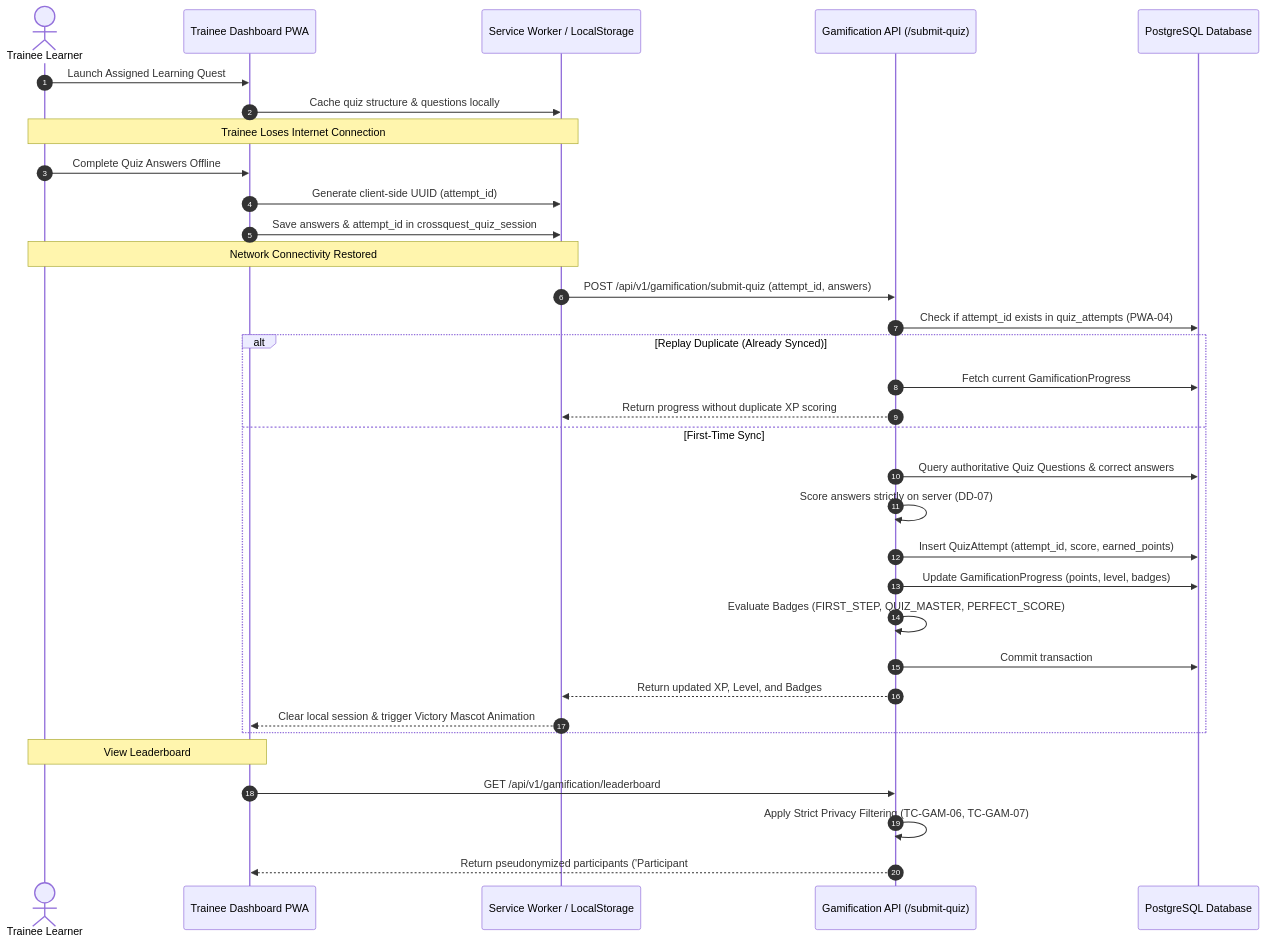
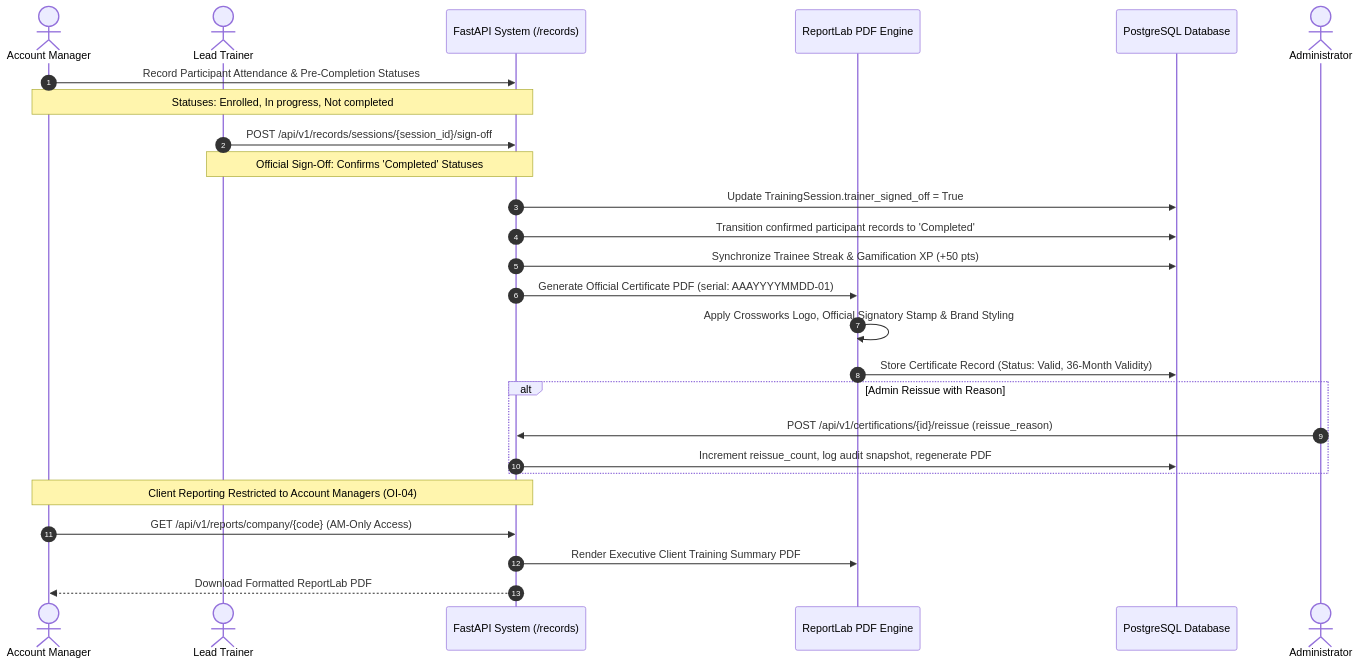
Before and after one commit to UniDra0318/CrossQuest: the seventh of 10 diagrams in SYSTEM_ARCHITECTURE.md, drawn with Mermaid. The commit also changed other lines of this file, not shown here.

Commit message:
docs: update SYSTEM_ARCHITECTURE.md with Phases 0-6 architectural additions

````diff
--- a/SYSTEM_ARCHITECTURE.md
+++ b/SYSTEM_ARCHITECTURE.md
@@ -277,38 +295,34 @@
 ```mermaid
 sequenceDiagram
     autonumber
-    actor Trainee as Trainee Learner
-    participant UI as Trainee Dashboard PWA
-    participant SW as Service Worker / LocalStorage
-    participant GamAPI as Gamification API (/submit-quiz)
+    actor AM as Account Manager
+    actor Trainer as Lead Trainer
+    participant System as FastAPI System (/records)
+    participant PDF as ReportLab PDF Engine
     participant DB as PostgreSQL Database
 
-    Trainee->>UI: Launch Assigned Learning Quest
-    UI->>SW: Cache quiz structure & questions locally
-    Note over Trainee,SW: Trainee Loses Internet Connection
-    Trainee->>UI: Complete Quiz Answers Offline
-    UI->>SW: Generate client-side UUID (attempt_id)
-    UI->>SW: Save answers & attempt_id in crossquest_quiz_session
-    Note over Trainee,SW: Network Connectivity Restored
-    SW->>GamAPI: POST /api/v1/gamification/submit-quiz (attempt_id, answers)
+    AM->>System: Record Participant Attendance & Pre-Completion Statuses
+    Note over AM,System: Statuses: Enrolled, In progress, Not completed
     
-    GamAPI->>DB: Check if attempt_id exists in quiz_attempts (PWA-04)
-    alt Replay Duplicate (Already Synced)
-        GamAPI->>DB: Fetch current GamificationProgress
-        GamAPI-->>SW: Return progress without duplicate XP scoring
-    else First-Time Sync
-        GamAPI->>DB: Query authoritative Quiz Questions & correct answers
-        GamAPI->>GamAPI: Score answers strictly on server (DD-07)
-        GamAPI->>DB: Insert QuizAttempt (attempt_id, score, earned_points)
-        GamAPI->>DB: Update GamificationProgress (points, level, badges)
-        GamAPI->>GamAPI: Evaluate Badges (FIRST_STEP, QUIZ_MASTER, PERFECT_SCORE)
-        GamAPI->>DB: Commit transaction
-        GamAPI-->>SW: Return updated XP, Level, and Badges
-        SW-->>UI: Clear local session & trigger Victory Mascot Animation
+    Trainer->>System: POST /api/v1/records/sessions/{session_id}/sign-off
+    Note over Trainer,System: Official Sign-Off: Confirms 'Completed' Statuses
+    
+    System->>DB: Update TrainingSession.trainer_signed_off = True
+    System->>DB: Transition confirmed participant records to 'Completed'
+    System->>DB: Synchronize Trainee Streak & Gamification XP (+50 pts)
+    
+    System->>PDF: Generate Official Certificate PDF (serial: AAAYYYYMMDD-01)
+    PDF->>PDF: Apply Crossworks Logo, Official Signatory Stamp & Brand Styling
+    PDF->>DB: Store Certificate Record (Status: Valid, 36-Month Validity)
+    
+    alt Admin Reissue with Reason
+        actor Admin as Administrator
+        Admin->>System: POST /api/v1/certifications/{id}/reissue (reissue_reason)
+        System->>DB: Increment reissue_count, log audit snapshot, regenerate PDF
     end
 
-    Note over Trainee,UI: View Leaderboard
-    UI->>GamAPI: GET /api/v1/gamification/leaderboard
-    GamAPI->>GamAPI: Apply Strict Privacy Filtering (TC-GAM-06, TC-GAM-07)
-    GamAPI-->>UI: Return pseudonymized participants ('Participant #Rank')
+    Note over AM,System: Client Reporting Restricted to Account Managers (OI-04)
+    AM->>System: GET /api/v1/reports/company/{code} (AM-Only Access)
+    System->>PDF: Render Executive Client Training Summary PDF
+    System-->>AM: Download Formatted ReportLab PDF
 ```
````
